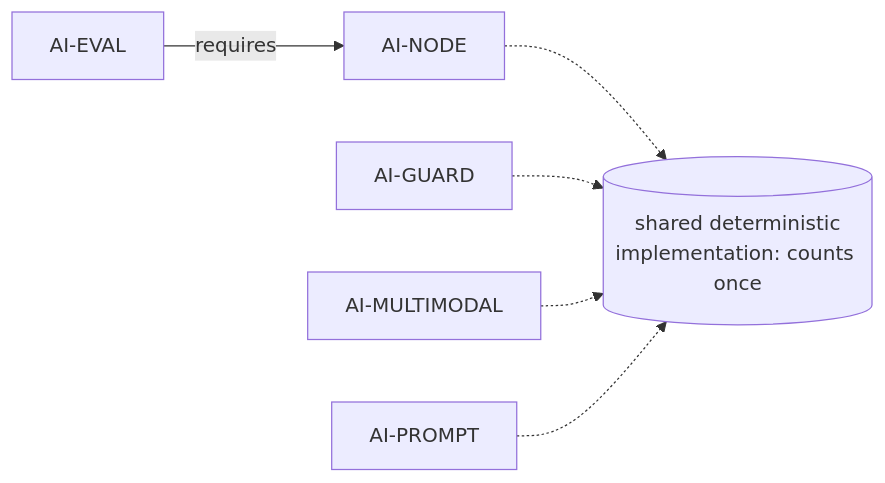
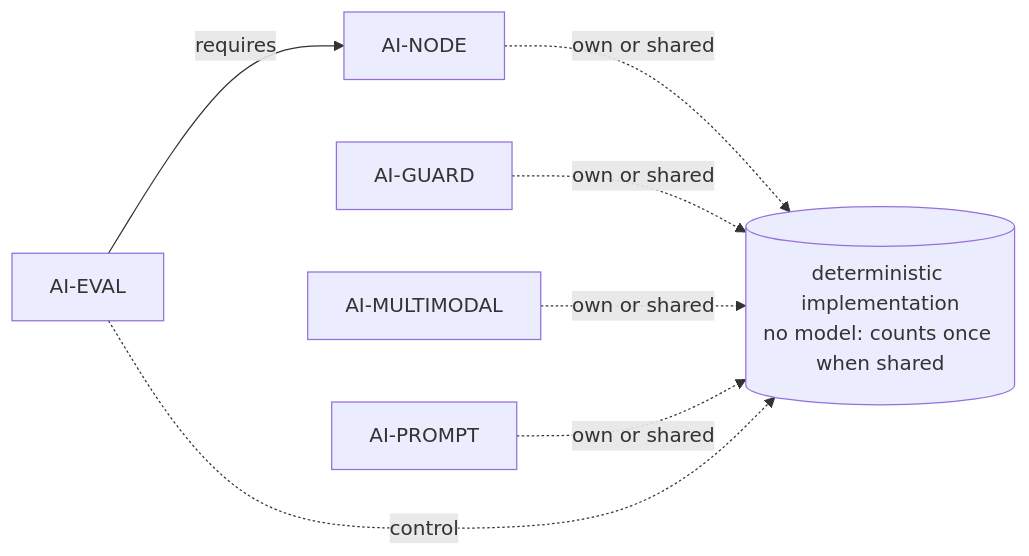
The diagram in docs/subject/FEATURES.md (Nexlein/Area-Flow), drawn with Mermaid before and after one commit. The commit also changed other lines of this file and 6 other files, not shown here.

Commit message:
docs: fix diagrams, gantt titles and the deliverables index

````diff
--- a/docs/subject/FEATURES.md
+++ b/docs/subject/FEATURES.md
@@ -10,5 +10,7 @@
 ```mermaid
 flowchart LR
   EVAL[AI-EVAL] -->|requires| NODE[AI-NODE]
-  NODE & GUARD[AI-GUARD] & MULTI[AI-MULTIMODAL] & PROMPT[AI-PROMPT] -.-> DET[(shared deterministic<br/>implementation: counts once)]
+  DET[(deterministic implementation<br/>no model: counts once when shared)]
+  NODE & GUARD[AI-GUARD] & MULTI[AI-MULTIMODAL] & PROMPT[AI-PROMPT] -.->|own or shared| DET
+  EVAL -.->|control| DET
 ```
````
